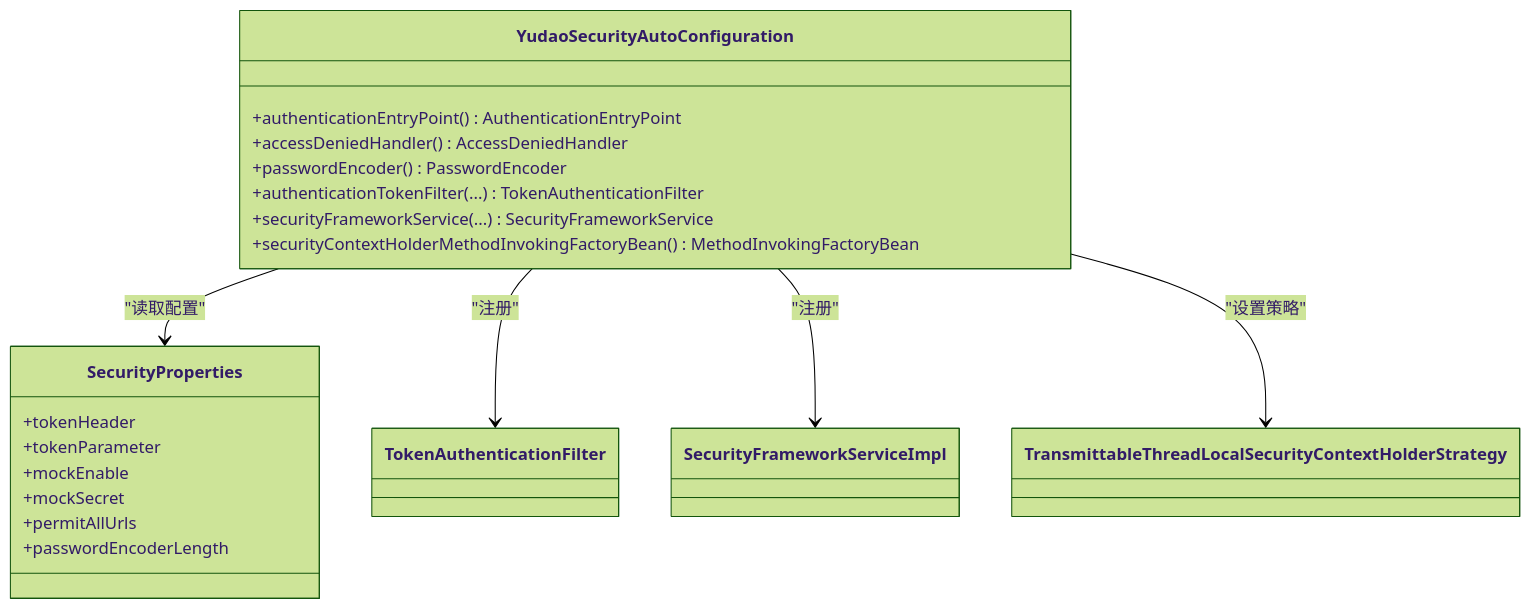
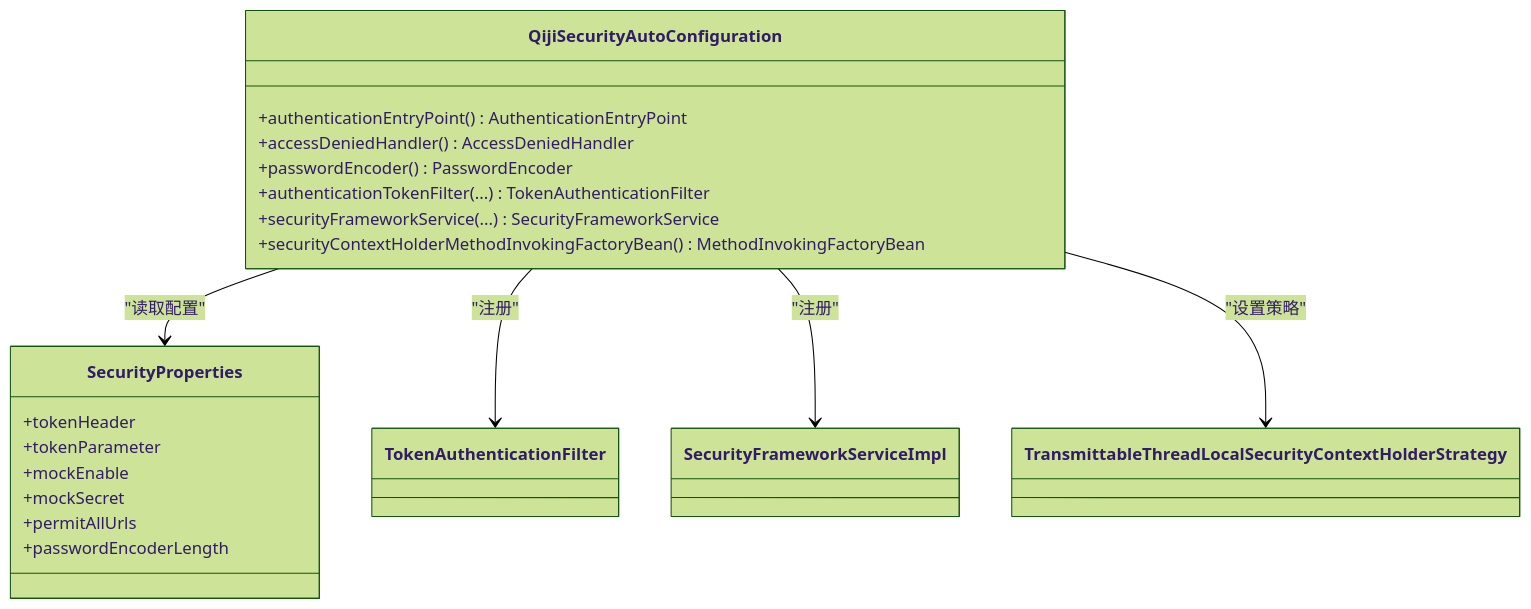
Before and after one commit to zhuangpengLI/AgenticCPS: the fourth of 7 diagrams in backend/.qoder/repowiki/zh/content/安全与权限/安全配置管理.md, drawn with Mermaid (forest theme). The commit also changed other lines of this file and 3489 other files, not shown here.

````diff
--- a/backend/.qoder/repowiki/zh/content/安全与权限/安全配置管理.md
+++ b/backend/.qoder/repowiki/zh/content/安全与权限/安全配置管理.md
@@ -191,26 +191,26 @@
 ```mermaid
 classDiagram
-class YudaoSecurityAutoConfiguration {
+class QijiSecurityAutoConfiguration {
 +authenticationEntryPoint() AuthenticationEntryPoint
 +accessDeniedHandler() AccessDeniedHandler
 +passwordEncoder() PasswordEncoder
 +authenticationTokenFilter(...) TokenAuthenticationFilter
 +securityFrameworkService(...) SecurityFrameworkService
 +securityContextHolderMethodInvokingFactoryBean() MethodInvokingFactoryBean
 }
 class SecurityProperties {
 +tokenHeader
 +tokenParameter
 +mockEnable
 +mockSecret
 +permitAllUrls
 +passwordEncoderLength
 }
 class TokenAuthenticationFilter
 class SecurityFrameworkServiceImpl
 class TransmittableThreadLocalSecurityContextHolderStrategy
-YudaoSecurityAutoConfiguration --> SecurityProperties : "读取配置"
-YudaoSecurityAutoConfiguration --> TokenAuthenticationFilter : "注册"
-YudaoSecurityAutoConfiguration --> SecurityFrameworkServiceImpl : "注册"
-YudaoSecurityAutoConfiguration --> TransmittableThreadLocalSecurityContextHolderStrategy : "设置策略"
+QijiSecurityAutoConfiguration --> SecurityProperties : "读取配置"
+QijiSecurityAutoConfiguration --> TokenAuthenticationFilter : "注册"
+QijiSecurityAutoConfiguration --> SecurityFrameworkServiceImpl : "注册"
+QijiSecurityAutoConfiguration --> TransmittableThreadLocalSecurityContextHolderStrategy : "设置策略"
 ```
````
